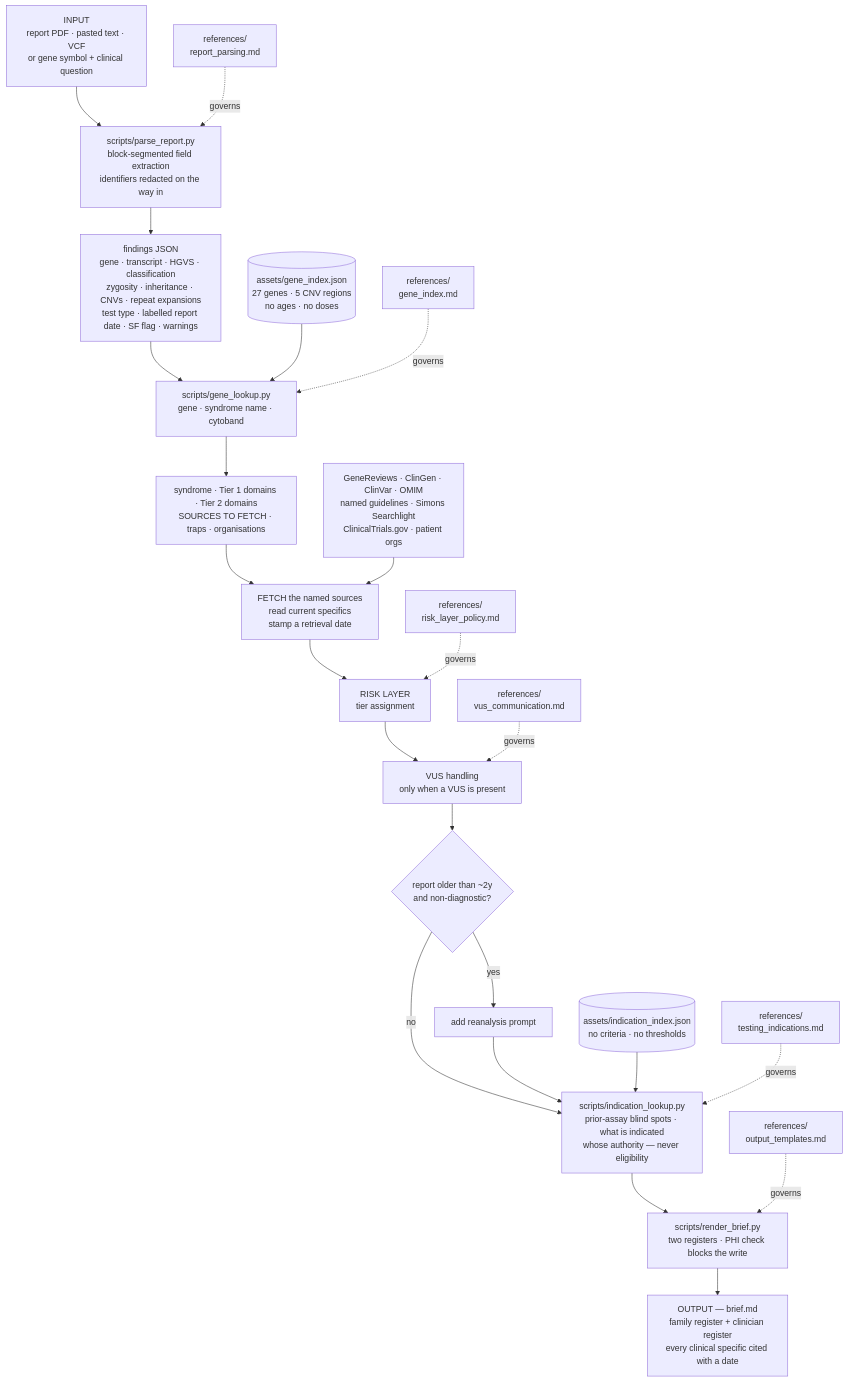
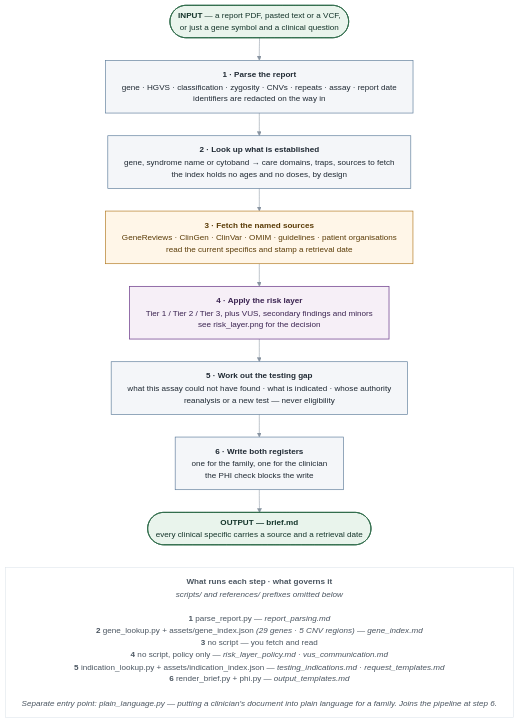
Before and after one commit to Domikohlh/autism_gtc_agent_skill: the diagram in docs/workflow.mmd, drawn with Mermaid. The commit also changed 3 other files, not shown here.

Commit message:
Created a new flowchart.

```diff
--- a/docs/workflow.mmd
+++ b/docs/workflow.mmd
@@ -1,32 +1,36 @@
+%%{init: {"theme":"base","themeVariables":{"fontFamily":"DejaVu Sans","fontSize":"15px","lineColor":"#8894A1","primaryTextColor":"#1F2933"},"flowchart":{"curve":"basis","nodeSpacing":36,"rankSpacing":42,"wrappingWidth":900,"htmlLabels":true}} }%%
 flowchart TD
-  IN["INPUT<br/>report PDF · pasted text · VCF<br/>or gene symbol + clinical question"]
-  IN --> P1
-  P1["scripts/parse_report.py<br/>block-segmented field extraction<br/>identifiers redacted on the way in"]
-  R1["references/<br/>report_parsing.md"] -. governs .-> P1
-  P1 --> J1["findings JSON<br/>gene · transcript · HGVS · classification<br/>zygosity · inheritance · CNVs · repeat expansions<br/>test type · labelled report date · SF flag · warnings"]
-  J1 --> P2
-  P2["scripts/gene_lookup.py<br/>gene · syndrome name · cytoband"]
-  D1[("assets/gene_index.json<br/>27 genes · 5 CNV regions<br/>no ages · no doses")] --> P2
-  R2["references/<br/>gene_index.md"] -. governs .-> P2
-  P2 --> J2["syndrome · Tier 1 domains · Tier 2 domains<br/>SOURCES TO FETCH · traps · organisations"]
-  J2 --> FETCH
-  FETCH["FETCH the named sources<br/>read current specifics<br/>stamp a retrieval date"]
-  EXT["GeneReviews · ClinGen · ClinVar · OMIM<br/>named guidelines · Simons Searchlight<br/>ClinicalTrials.gov · patient orgs"] --> FETCH
-  FETCH --> RISK
-  RISK["RISK LAYER<br/>tier assignment"]
-  R3["references/<br/>risk_layer_policy.md"] -. governs .-> RISK
-  RISK --> VUS
-  VUS["VUS handling<br/>only when a VUS is present"]
-  R4["references/<br/>vus_communication.md"] -. governs .-> VUS
-  VUS --> STALE
-  STALE{"report older than ~2y<br/>and non-diagnostic?"}
-  STALE -- yes --> RE["add reanalysis prompt"]
-  STALE -- no --> GAP
-  RE --> GAP
-  GAP["scripts/indication_lookup.py<br/>prior-assay blind spots · what is indicated<br/>whose authority — never eligibility"]
-  D2[("assets/indication_index.json<br/>no criteria · no thresholds")] --> GAP
-  R6["references/<br/>testing_indications.md"] -. governs .-> GAP
-  GAP --> P3
-  P3["scripts/render_brief.py<br/>two registers · PHI check blocks the write"]
-  R5["references/<br/>output_templates.md"] -. governs .-> P3
-  P3 --> OUT["OUTPUT — brief.md<br/>family register + clinician register<br/>every clinical specific cited with a date"]
+
+  IN(["<b>INPUT</b> — a report PDF, pasted text or a VCF,<br/>or just a gene symbol and a clinical question"])
+
+  S1["<b>1 · Parse the report</b><br/>gene · HGVS · classification · zygosity · CNVs · repeats · assay · report date<br/>identifiers are redacted on the way in"]
+
+  S2["<b>2 · Look up what is established</b><br/>gene, syndrome name or cytoband → care domains, traps, sources to fetch<br/>the index holds no ages and no doses, by design"]
+
+  S3["<b>3 · Fetch the named sources</b><br/>GeneReviews · ClinGen · ClinVar · OMIM · guidelines · patient organisations<br/>read the current specifics and stamp a retrieval date"]
+
+  S4["<b>4 · Apply the risk layer</b><br/>Tier 1 / Tier 2 / Tier 3, plus VUS, secondary findings and minors<br/>see risk_layer.png for the decision"]
+
+  S5["<b>5 · Work out the testing gap</b><br/>what this assay could not have found · what is indicated · whose authority<br/>reanalysis or a new test — never eligibility"]
+
+  S6["<b>6 · Write both registers</b><br/>one for the family, one for the clinician<br/>the PHI check blocks the write"]
+
+  OUT(["<b>OUTPUT — brief.md</b><br/>every clinical specific carries a source and a retrieval date"])
+
+  IN --> S1 --> S2 --> S3 --> S4 --> S5 --> S6 --> OUT
+
+  L["<b>What runs each step · what governs it</b><br/><i>scripts/ and references/ prefixes omitted below</i><br/><br/><b>1</b>  parse_report.py — <i>report_parsing.md</i><br/><b>2</b>  gene_lookup.py + assets/gene_index.json <i>(29 genes · 5 CNV regions)</i> — <i>gene_index.md</i><br/><b>3</b>  no script — you fetch and read<br/><b>4</b>  no script, policy only — <i>risk_layer_policy.md</i> · <i>vus_communication.md</i><br/><b>5</b>  indication_lookup.py + assets/indication_index.json — <i>testing_indications.md</i> · <i>request_templates.md</i><br/><b>6</b>  render_brief.py + phi.py — <i>output_templates.md</i><br/><br/><i>Separate entry point: plain_language.py — putting a clinician's document into plain language for a family. Joins the pipeline at step 6.</i>"]
+
+  OUT ~~~ L
+
+  classDef io fill:#E9F4EC,stroke:#2E6B4A,stroke-width:1.5px,color:#14342A;
+  classDef step fill:#F4F6F9,stroke:#5B7A99,stroke-width:1.2px,color:#1F2933;
+  classDef fetch fill:#FFF6E8,stroke:#B0761A,stroke-width:1.2px,color:#5A3B06;
+  classDef risk fill:#F6EFF7,stroke:#7A4E96,stroke-width:1.5px,color:#3A2350;
+  classDef leg fill:#FFFFFF,stroke:#DDE3EA,stroke-width:1px,color:#4A5560;
+
+  class IN,OUT io;
+  class S1,S2,S5,S6 step;
+  class S3 fetch;
+  class S4 risk;
+  class L leg;
```
